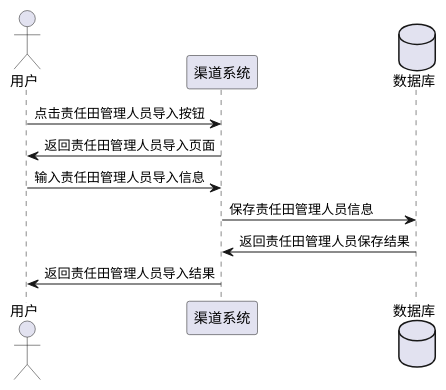
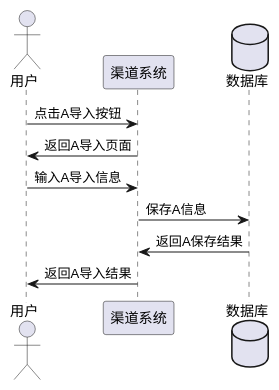
One commit to 18380163461/uml changed the diagram in 导入.puml. Above: the diagram before and after it, drawn with PlantUML. The commit also changed 2 other files, not shown here.

```diff
--- a/导入.puml
+++ b/导入.puml
@@ -1,12 +1,12 @@
 @startuml
 actor 用户
 participant 渠道系统
 database 数据库
 
-用户->渠道系统:点击责任田管理人员导入按钮
-渠道系统->用户:返回责任田管理人员导入页面
-用户->渠道系统:输入责任田管理人员导入信息
-渠道系统->数据库:保存责任田管理人员信息
-数据库->渠道系统:返回责任田管理人员保存结果
-渠道系统->用户:返回责任田管理人员导入结果
+用户->渠道系统:点击A导入按钮
+渠道系统->用户:返回A导入页面
+用户->渠道系统:输入A导入信息
+渠道系统->数据库:保存A信息
+数据库->渠道系统:返回A保存结果
+渠道系统->用户:返回A导入结果
 @enduml
```
